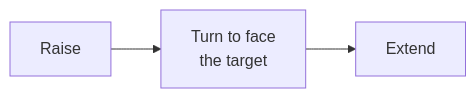
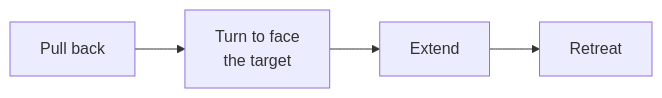
One commit to Jeremy-Allan/ROS2-middleware changed the second of 2 diagrams in docs/technical/motion-and-actions/push.md. Above: the diagram before and after it, drawn with Mermaid. The commit also changed other lines of this file and 10 other files, not shown here.

````diff
--- a/docs/technical/motion-and-actions/push.md
+++ b/docs/technical/motion-and-actions/push.md
@@ -39,4 +42,4 @@
 ```mermaid
 flowchart LR
-    a[Raise] --> b[Turn to face<br/>the target] --> c[Extend]
+    a[Pull back] --> b[Turn to face<br/>the target] --> c[Extend] --> d[Retreat]
 ```
````
